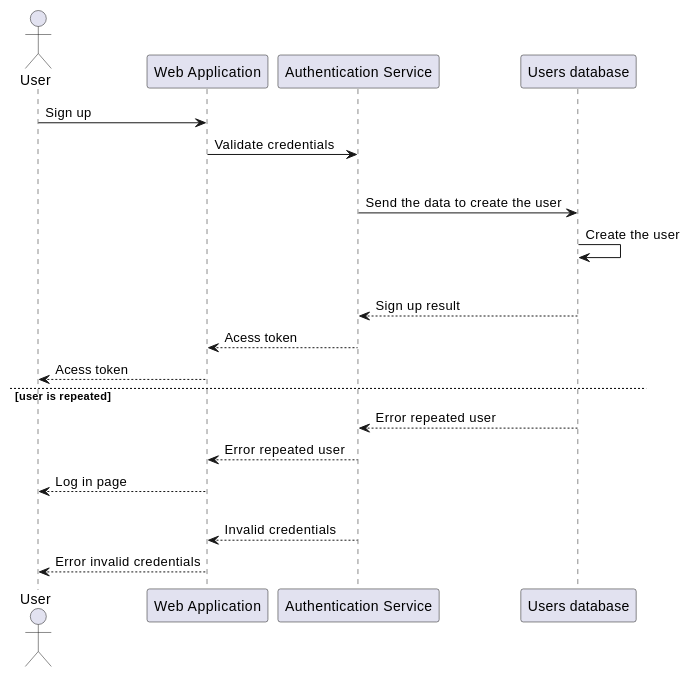
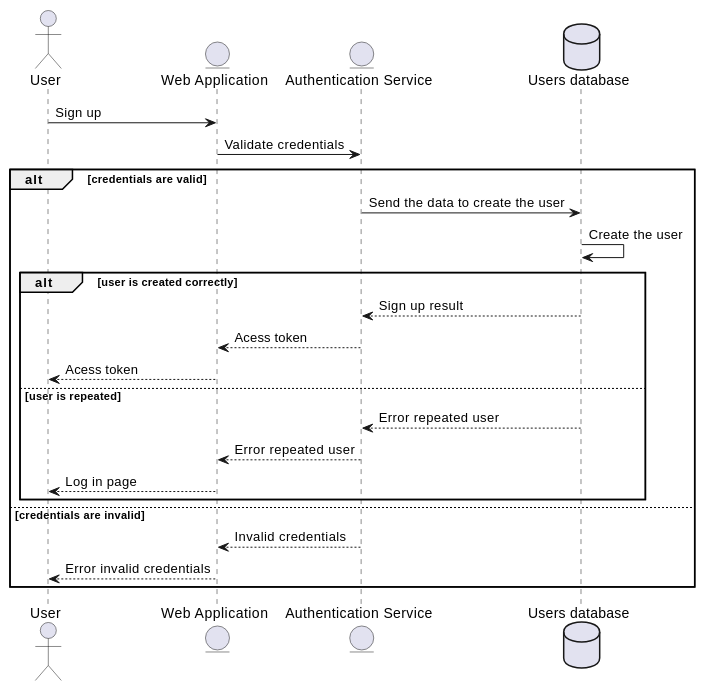
The first of 5 diagrams in docs/src/06_runtime_view.adoc (Arquisoft/wichat_en1b), drawn with PlantUML before and after one commit. The commit also changed other lines of this file, not shown here.

Commit message:
Fixed bug and improve uml

```diff
--- a/docs/src/06_runtime_view.adoc
+++ b/docs/src/06_runtime_view.adoc
@@ -50,24 +50,26 @@
-[plantuml,"Authentication Sequence",png]
+[plantuml,"Authentication Sign Up Sequence",png]
 ----
 actor User
-participant "Web Application" as App
-participant "Authentication Service" as Auth
-participant "Users database" as Ust
+entity "Web Application" as App
+entity "Authentication Service" as Auth
+database "Users database" as Ust
 
 User -> App: Sign up
 App -> Auth: Validate credentials
 alt credentials are valid
     Auth -> Ust: Send the data to create the user
     Ust -> Ust: Create the user
     alt user is created correctly
         Ust --> Auth: Sign up result
         Auth --> App: Acess token
         App --> User: Acess token
     else user is repeated
         Ust --> Auth: Error repeated user
         Auth --> App: Error repeated user
         App --> User: Log in page
+    end
 else credentials are invalid
     Auth --> App: Invalid credentials
     App --> User: Error invalid credentials
+end
 ----
```
